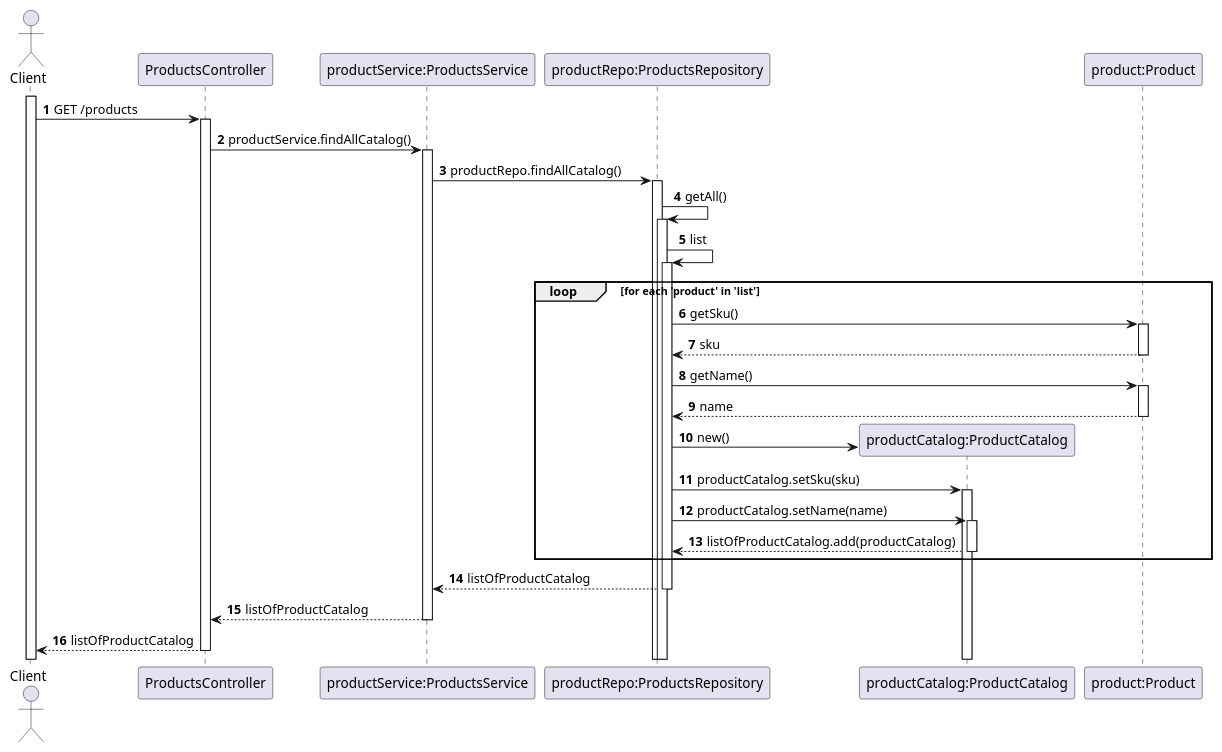
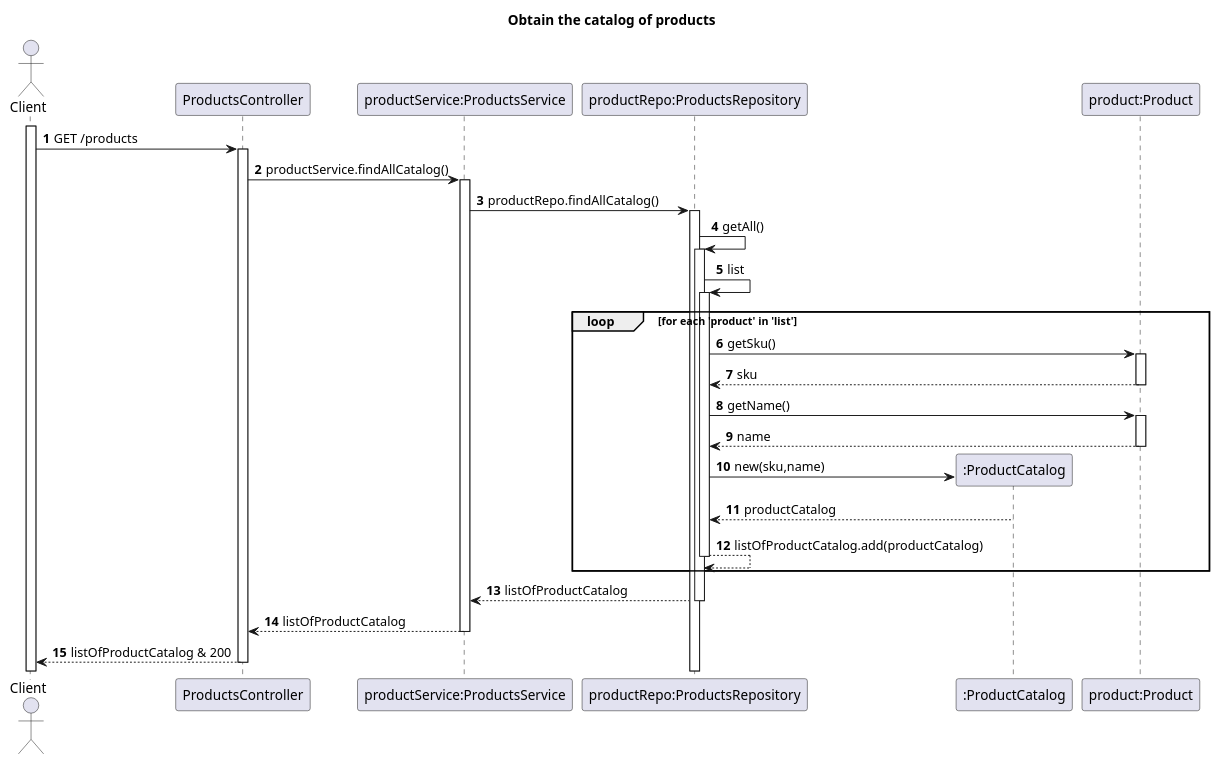
Before and after one commit to TiagoNora/SIDIS-Docs: the diagram in Docs/US01-SD.puml, drawn with PlantUML. The commit also changed 1 other file, not shown here.

```diff
--- a/Docs/US01-SD.puml
+++ b/Docs/US01-SD.puml
@@ -1,36 +1,35 @@
 @startuml
 'https://plantuml.com/sequence-diagram
 
-
+title Obtain the catalog of products
 autoactivate on
 autonumber
 
 actor "Client" as client
 participant "ProductsController" as controller
 participant "productService:ProductsService" as service
 participant "productRepo:ProductsRepository" as repository
-participant "productCatalog:ProductCatalog" as details
+participant ":ProductCatalog" as details
 participant "product:Product" as product
 
 activate client
 
 client -> controller : GET /products
 controller -> service : productService.findAllCatalog()
 service -> repository: productRepo.findAllCatalog()
 repository -> repository: getAll()
 repository -> repository: list
 loop for each 'product' in 'list'
     repository -> product: getSku()
     product --> repository: sku
     repository -> product: getName()
     product --> repository: name
-    repository -> details**: new()
-    repository -> details:productCatalog.setSku(sku)
-    repository -> details:productCatalog.setName(name)
-    details --> repository: listOfProductCatalog.add(productCatalog)
+    repository -> details**: new(sku,name)
+    details --> repository: productCatalog
+    repository --> repository: listOfProductCatalog.add(productCatalog)
 end loop
 repository --> service: listOfProductCatalog
 service --> controller: listOfProductCatalog
-controller --> client: listOfProductCatalog
+controller --> client: listOfProductCatalog & 200
 
 @enduml
```
